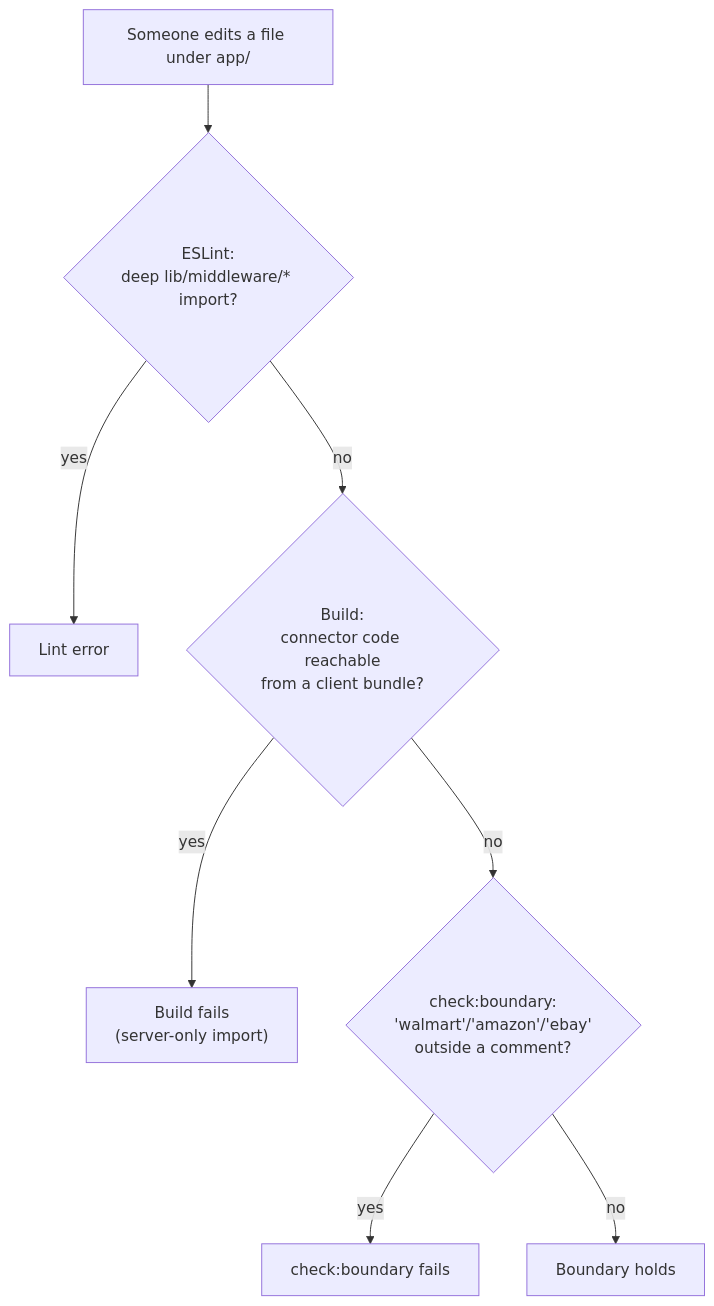
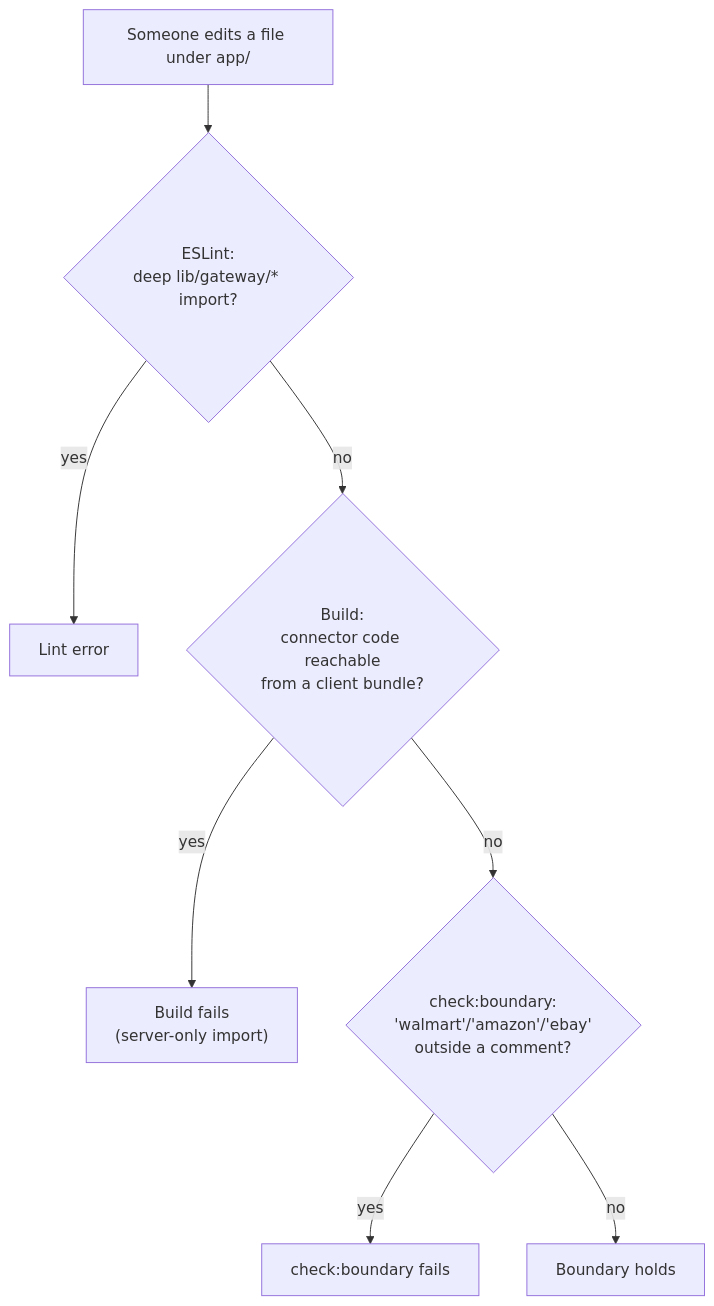
Before and after one commit to RafaelOjeda/byRaf_Distribution_Tools: the second of 2 diagrams in docs/systems/configuration-and-security.md, drawn with Mermaid. The commit also changed other lines of this file and 54 other files, not shown here.

First line of the commit message:
Rename lib/middleware to lib/gateway

````diff
--- a/docs/systems/configuration-and-security.md
+++ b/docs/systems/configuration-and-security.md
@@ -42,10 +42,10 @@
 ```mermaid
 flowchart TD
-    Edit["Someone edits a file under app/"] --> Lint{"ESLint:\ndeep lib/middleware/* import?"}
+    Edit["Someone edits a file under app/"] --> Lint{"ESLint:\ndeep lib/gateway/* import?"}
     Lint -->|yes| LintFail["Lint error"]
     Lint -->|no| Build{"Build:\nconnector code reachable\nfrom a client bundle?"}
     Build -->|yes| BuildFail["Build fails\n(server-only import)"]
     Build -->|no| Boundary{"check:boundary:\n'walmart'/'amazon'/'ebay'\noutside a comment?"}
     Boundary -->|yes| BoundaryFail["check:boundary fails"]
     Boundary -->|no| Pass["Boundary holds"]
 ```
````
